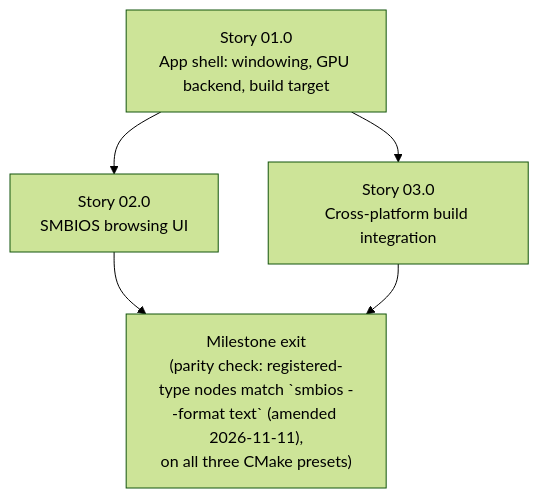
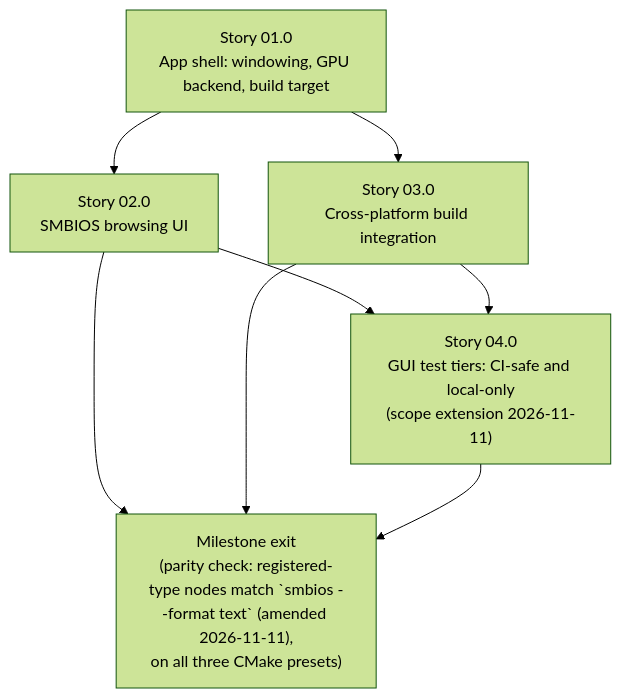
Before and after one commit to yuchdev/SmbiosUtil: the diagram in docs/roadmap/0011-gui-visualization-tool/plan.md, drawn with Mermaid (forest theme). The commit also changed other lines of this file and 11 other files, not shown here.

First line of the commit message:
docs(roadmap/0011): add Story 04.0 GUI test tiers; rename manual test plan; keep test registry current

````diff
--- a/docs/roadmap/0011-gui-visualization-tool/plan.md
+++ b/docs/roadmap/0011-gui-visualization-tool/plan.md
@@ -218,7 +226,10 @@
 ```mermaid
 flowchart TD
     A["Story 01.0<br/>App shell: windowing, GPU backend, build target"] --> B["Story 02.0<br/>SMBIOS browsing UI"]
     A --> C["Story 03.0<br/>Cross-platform build integration"]
+    B --> D["Story 04.0<br/>GUI test tiers: CI-safe and local-only<br/>(scope extension 2026-11-11)"]
+    C --> D
     B --> M["Milestone exit<br/>(parity check: registered-type nodes match `smbios --format text` (amended 2026-11-11),<br/>on all three CMake presets)"]
     C --> M
+    D --> M
 ```
````
